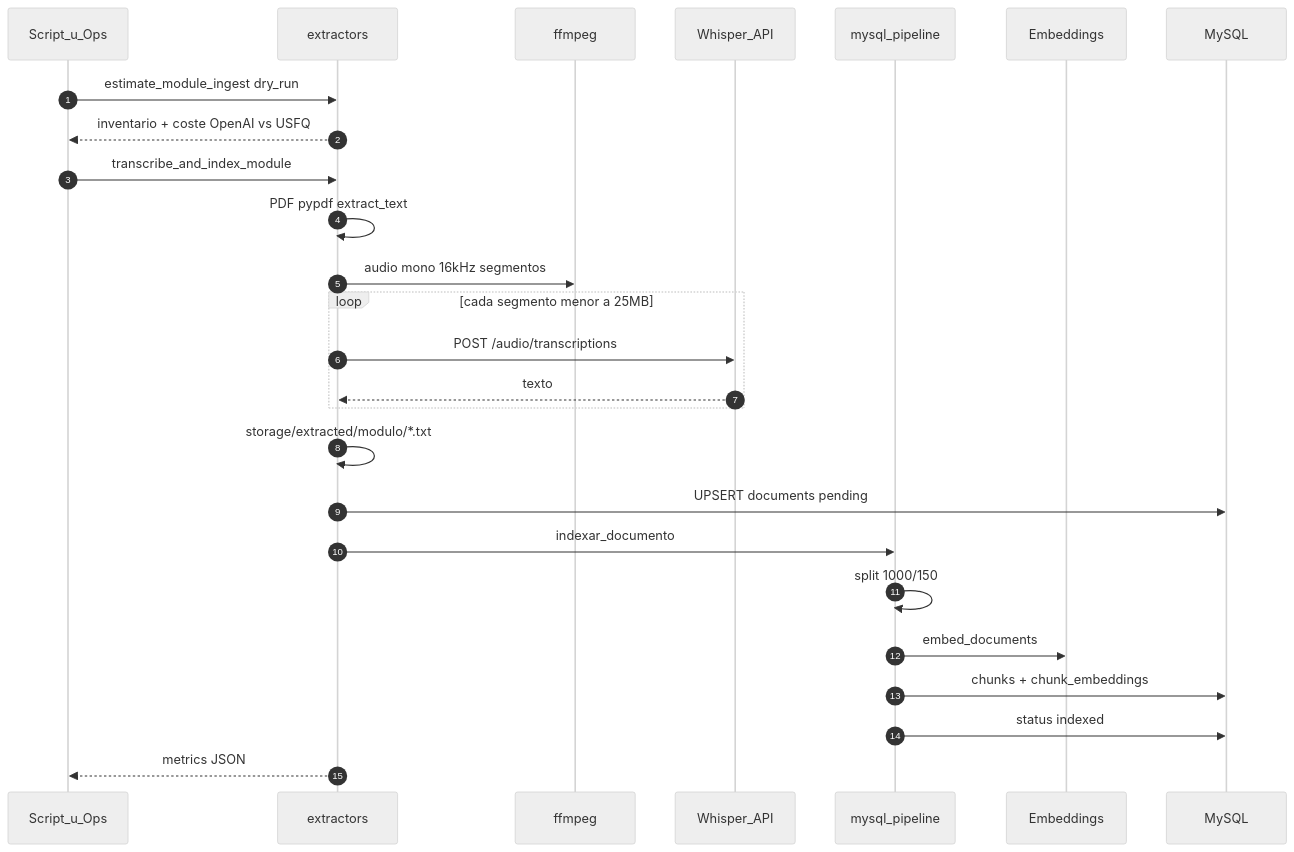
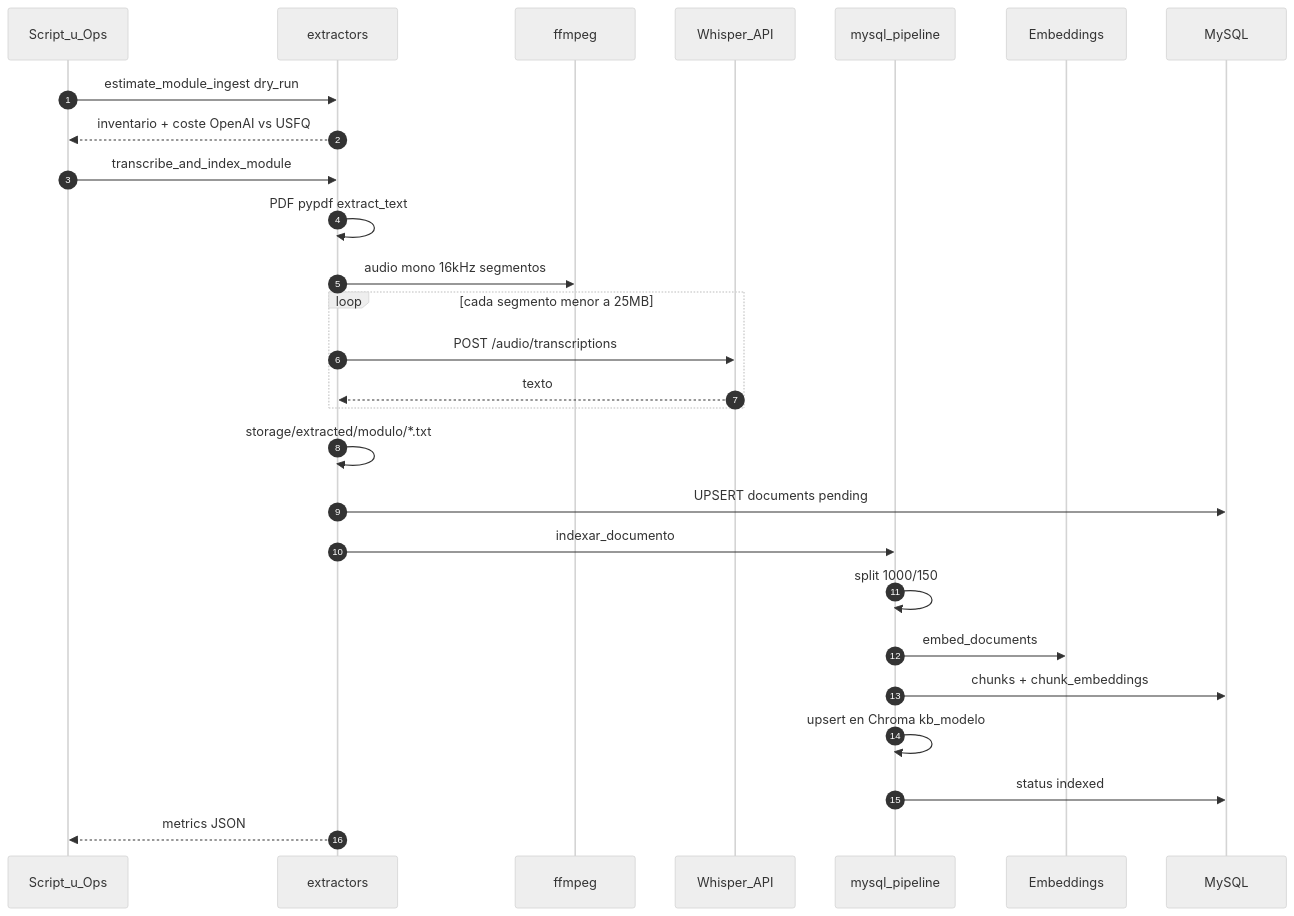
Before and after one commit to DavidLeonP/Orquestacion-Agentes: the third of 9 diagrams in docs/diagramas-secuencia.md, drawn with Mermaid (neutral theme). The commit also changed other lines of this file and 70 other files, not shown here.

````diff
--- a/docs/diagramas-secuencia.md
+++ b/docs/diagramas-secuencia.md
@@ -77,30 +80,31 @@
 ```mermaid
 sequenceDiagram
     autonumber
     participant Ops as Script_u_Ops
     participant Ext as extractors
     participant FF as ffmpeg
     participant W as Whisper_API
     participant Pipe as mysql_pipeline
     participant Emb as Embeddings
     participant DB as MySQL
 
     Ops->>Ext: estimate_module_ingest dry_run
     Ext-->>Ops: inventario + coste OpenAI vs USFQ
 
     Ops->>Ext: transcribe_and_index_module
     Ext->>Ext: PDF pypdf extract_text
     Ext->>FF: audio mono 16kHz segmentos
     loop cada segmento menor a 25MB
         Ext->>W: POST /audio/transcriptions
         W-->>Ext: texto
     end
     Ext->>Ext: storage/extracted/modulo/*.txt
     Ext->>DB: UPSERT documents pending
     Ext->>Pipe: indexar_documento
     Pipe->>Pipe: split 1000/150
     Pipe->>Emb: embed_documents
     Pipe->>DB: chunks + chunk_embeddings
+    Pipe->>Pipe: upsert en Chroma kb_modelo
     Pipe->>DB: status indexed
     Ext-->>Ops: metrics JSON
 ```
````
